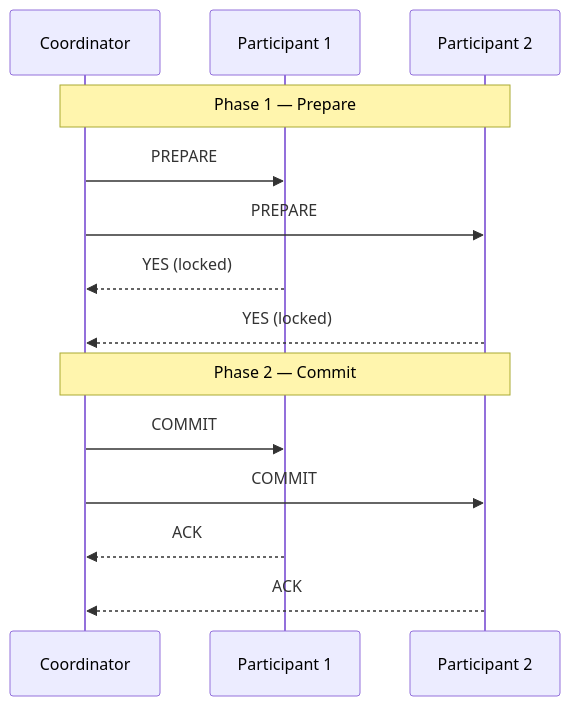
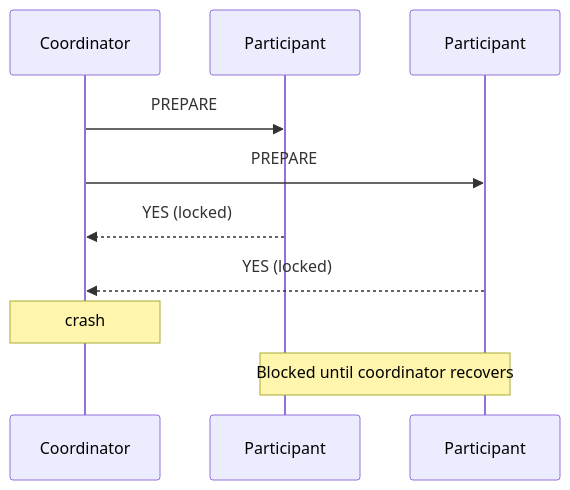
Before and after one commit to vasubansal1033/distrib-txn-db: the second of 3 diagrams in 04-distrib-txn-kv/README.md, drawn with Mermaid. The commit also changed other lines of this file, not shown here.

````diff
--- a/04-distrib-txn-kv/README.md
+++ b/04-distrib-txn-kv/README.md
@@ -52,18 +119,13 @@
 ```mermaid
 sequenceDiagram
     participant C as Coordinator
-    participant P1 as Participant 1
-    participant P2 as Participant 2
+    participant P1 as Participant
+    participant P2 as Participant
 
-    Note over C,P2: Phase 1 — Prepare
     C->>P1: PREPARE
     C->>P2: PREPARE
     P1-->>C: YES (locked)
     P2-->>C: YES (locked)
-
-    Note over C,P2: Phase 2 — Commit
-    C->>P1: COMMIT
-    C->>P2: COMMIT
-    P1-->>C: ACK
-    P2-->>C: ACK
+    Note over C: crash
+    Note over P1,P2: Blocked until coordinator recovers
 ```
````
